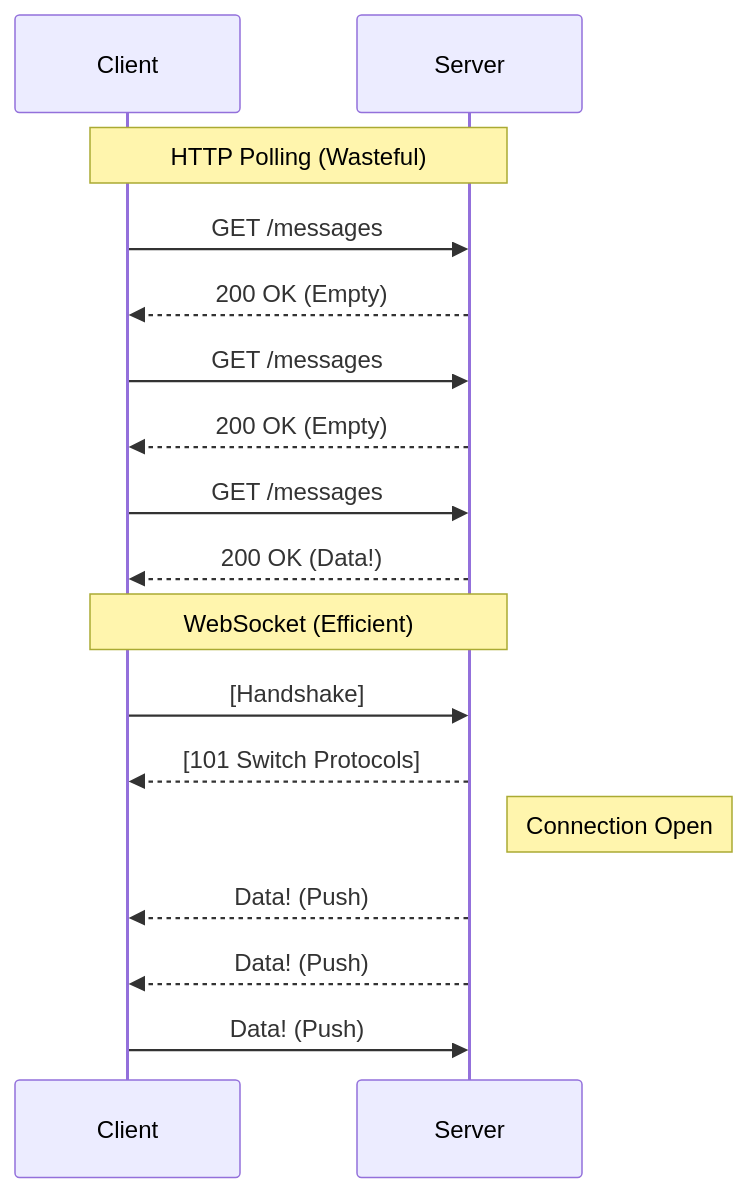
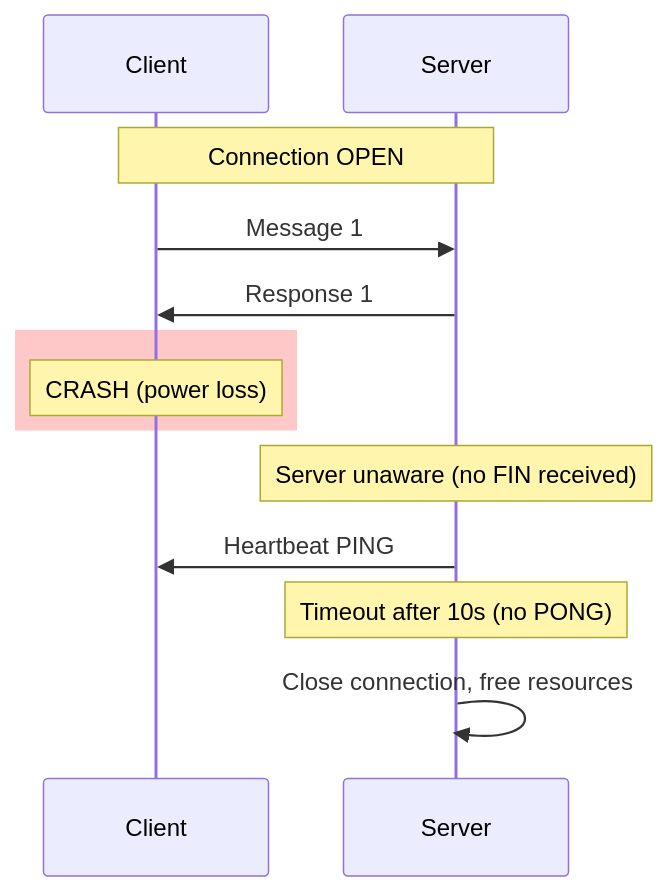
The second of 2 diagrams in networking/03_websocket_deep_dive.md (Anmol33/SystemDesign), drawn with Mermaid before and after one commit. The commit also changed other lines of this file and 3 other files, not shown here.

````diff
--- a/networking/03_websocket_deep_dive.md
+++ b/networking/03_websocket_deep_dive.md
@@ -24,21 +471,21 @@
 ```mermaid
 sequenceDiagram
     participant C as Client
     participant S as Server
     
-    Note over C,S: HTTP Polling (Wasteful)
-    C->>S: GET /messages
-    S-->>C: 200 OK (Empty)
-    C->>S: GET /messages
-    S-->>C: 200 OK (Empty)
-    C->>S: GET /messages
-    S-->>C: 200 OK (Data!)
+    Note over C,S: Connection OPEN
     
-    Note over C,S: WebSocket (Efficient)
-    C->>S: [Handshake]
-    S-->>C: [101 Switch Protocols]
-    Note right of S: Connection Open
-    S-->>C: Data! (Push)
-    S-->>C: Data! (Push)
-    C->>S: Data! (Push)
+    C->>S: Message 1
+    S->>C: Response 1
+    
+    rect rgb(255, 200, 200)
+        Note over C: CRASH (power loss)
+    end
+    
+    Note over S: Server unaware (no FIN received)
+    
+    S->>C: Heartbeat PING
+    Note over S: Timeout after 10s (no PONG)
+    
+    S->>S: Close connection, free resources
 ```
````
